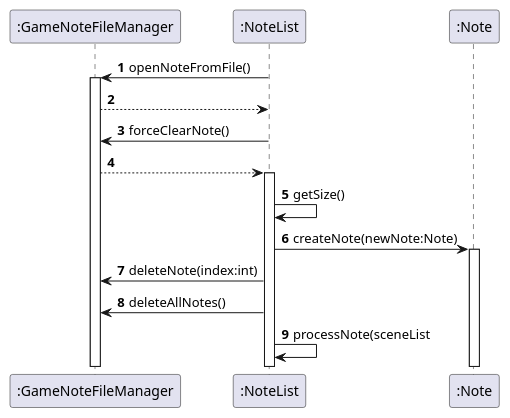
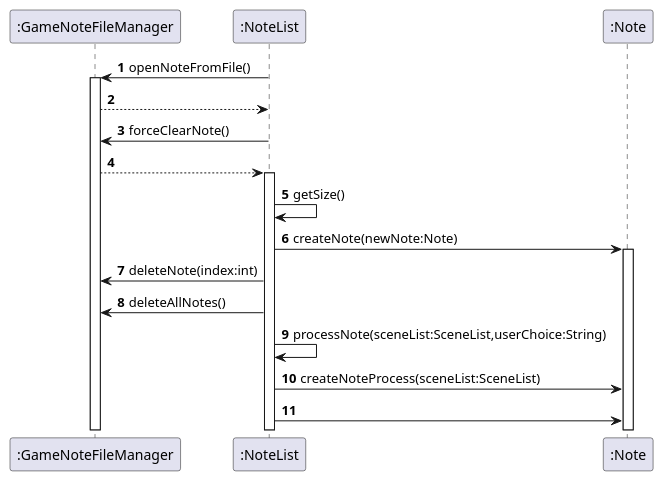
The diagram in docs/Note_UML.puml (peng-217/tp), drawn with PlantUML before and after one commit. The commit also changed 1 other file, not shown here.

Commit message:
Update Ui UML

```diff
--- a/docs/Note_UML.puml
+++ b/docs/Note_UML.puml
@@ -1,20 +1,22 @@
 @startuml
 'https://plantuml.com/sequence-diagram
 
 autonumber
 
 ":GameNoteFileManager"<-":NoteList": openNoteFromFile()
 activate ":GameNoteFileManager"
 ":GameNoteFileManager" --> ":NoteList"
 ":GameNoteFileManager"<-":NoteList": forceClearNote()
 ":GameNoteFileManager" --> ":NoteList"
 activate ":NoteList"
 ":NoteList" -> ":NoteList" :getSize()
 ":NoteList" -> ":Note":createNote(newNote:Note)
 activate ":Note"
 ":NoteList" -> ":GameNoteFileManager":deleteNote(index:int)
 ":NoteList" -> ":GameNoteFileManager":deleteAllNotes()
-":NoteList" -> ":NoteList": processNote(sceneList
+":NoteList" -> ":NoteList": processNote(sceneList:SceneList,userChoice:String)
+":NoteList"-> ":Note" : createNoteProcess(sceneList:SceneList)
+":NoteList"-> ":Note"
 
 
 @enduml
```
